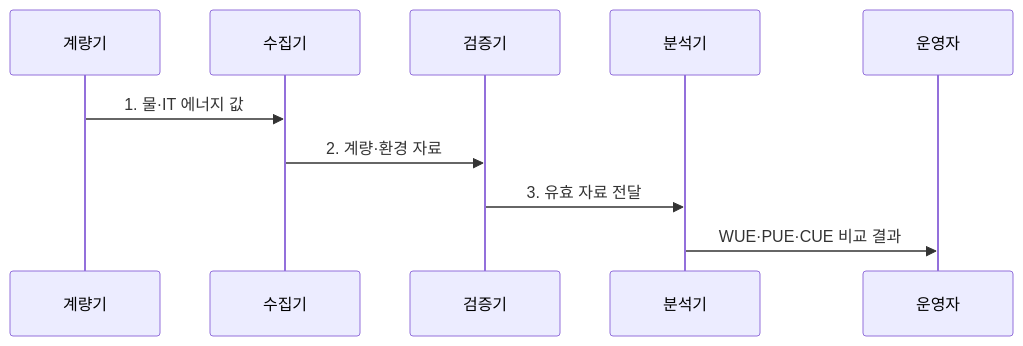
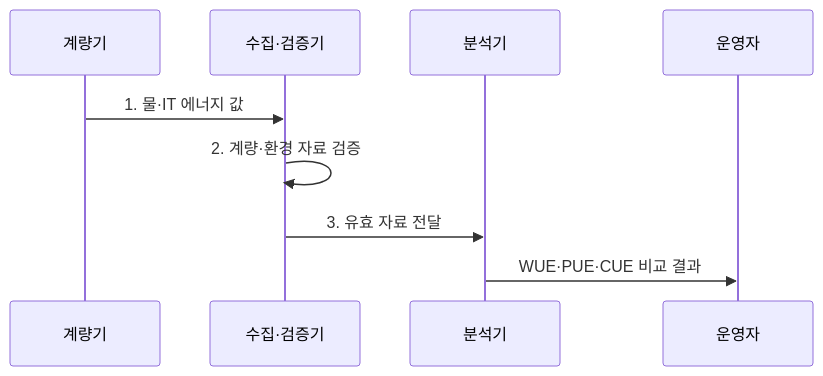
Before and after one commit to agnusdei1207/knowledge-base: the second of 2 diagrams in src/content/docs/notes/02-hardware/059_water_usage_effectiveness.md, drawn with Mermaid. The commit also changed 9 other files, not shown here.

Commit message:
Reduce redundant hardware flow roles

````diff
--- a/src/content/docs/notes/02-hardware/059_water_usage_effectiveness.md
+++ b/src/content/docs/notes/02-hardware/059_water_usage_effectiveness.md
@@ -103,13 +103,12 @@
 ```mermaid
 sequenceDiagram
     participant M as 계량기
-    participant C as 수집기
-    participant V as 검증기
+    participant C as 수집·검증기
     participant A as 분석기
     participant O as 운영자
 
     M->>C: 1. 물·IT 에너지 값
-    C->>V: 2. 계량·환경 자료
-    V->>A: 3. 유효 자료 전달
+    C->>C: 2. 계량·환경 자료 검증
+    C->>A: 3. 유효 자료 전달
     A->>O: WUE·PUE·CUE 비교 결과
 ```
````
